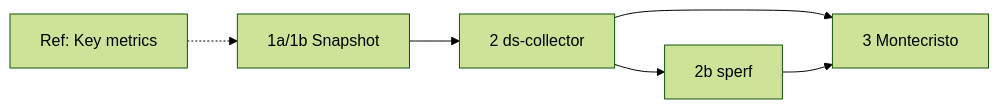
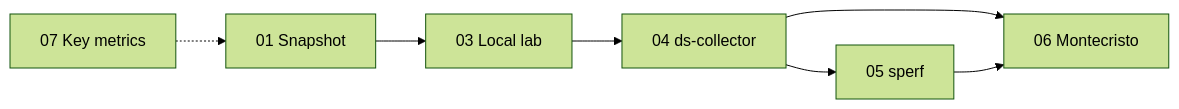
One commit to michelderu/cassandra-health-check changed the diagram in README.md. Above: the diagram before and after it, drawn with Mermaid (forest theme). The commit also changed other lines of this file and 16 other files, not shown here.

````diff
--- a/README.md
+++ b/README.md
@@ -7,8 +7,9 @@
 ```mermaid
 flowchart LR
-  A[1a/1b Snapshot] --> B[2 ds-collector]
-  B --> S[2b sperf]
-  B --> M[3 Montecristo]
+  A[01 Snapshot] --> L[03 Local lab]
+  L --> B[04 ds-collector]
+  B --> S[05 sperf]
+  B --> M[06 Montecristo]
   S --> M
-  R[Ref: Key metrics] -.-> A
+  R[07 Key metrics] -.-> A
 ```
````
